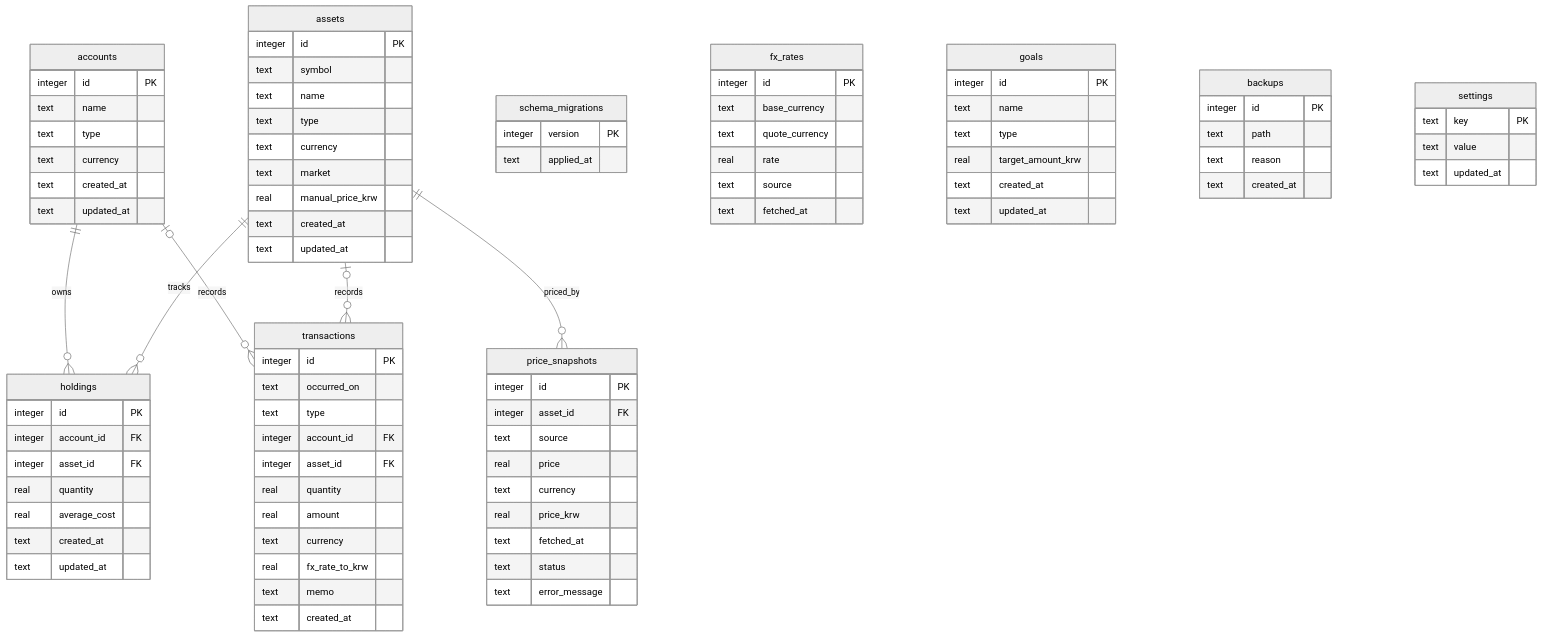
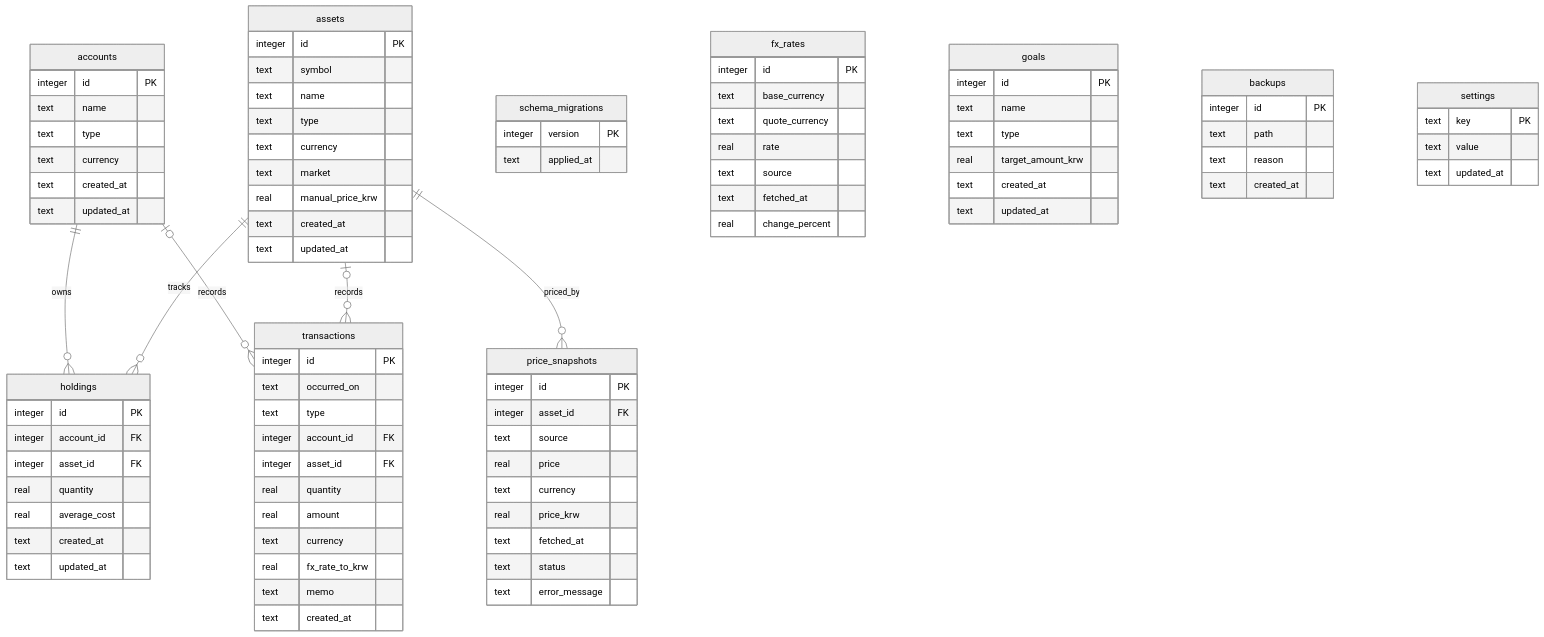
The diagram in docs/db_erd.md (OhSuBin13/portfolio), drawn with Mermaid (neutral theme) before and after one commit. The commit also changed other lines of this file and 14 other files, not shown here.

```diff
--- a/docs/db_erd.md
+++ b/docs/db_erd.md
@@ -80,6 +80,7 @@
         real rate
         text source
         text fetched_at
+        real change_percent
     }
 
     goals {
```
